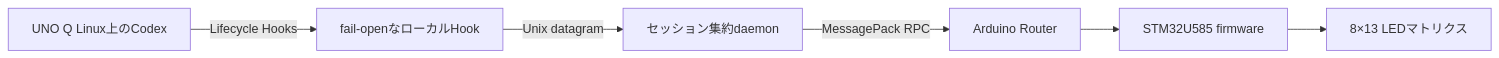
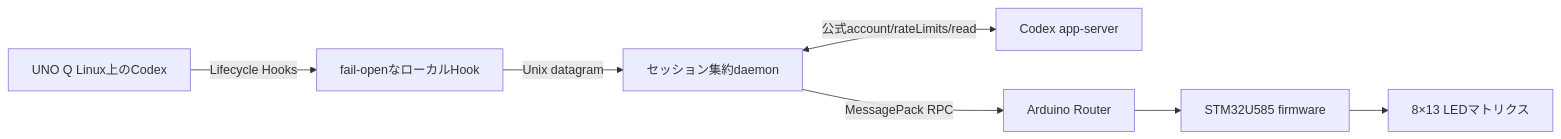
The diagram in README.ja.md (HSBL-ko-gyo/unoq-codex-matrix), drawn with Mermaid before and after one commit. The commit also changed other lines of this file and 21 other files, not shown here.

````diff
--- a/README.ja.md
+++ b/README.ja.md
@@ -17,8 +17,9 @@
 ```mermaid
 flowchart LR
     Codex["UNO Q Linux上のCodex"] -->|"Lifecycle Hooks"| Hook["fail-openなローカルHook"]
     Hook -->|"Unix datagram"| Daemon["セッション集約daemon"]
+    Daemon <-->|"公式account/rateLimits/read"| AppServer["Codex app-server"]
     Daemon -->|"MessagePack RPC"| Router["Arduino Router"]
     Router --> MCU["STM32U585 firmware"]
     MCU --> Matrix["8×13 LEDマトリクス"]
 ```
````
